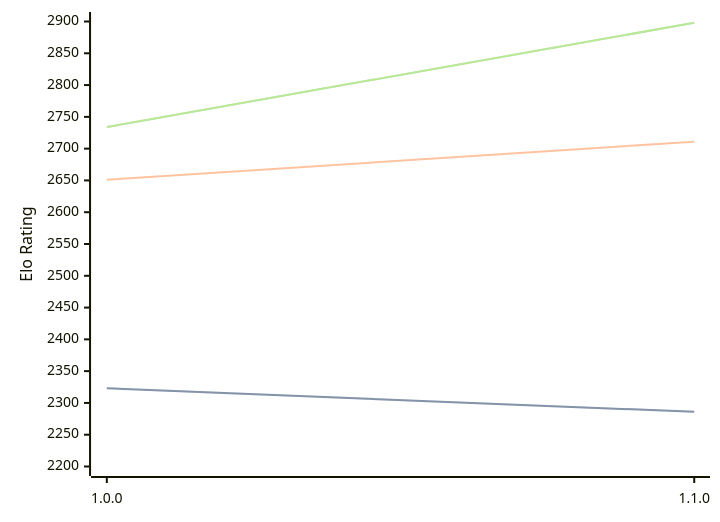
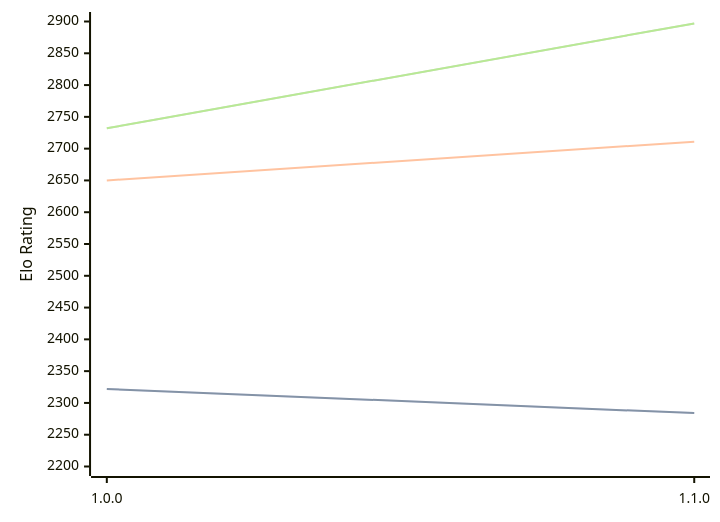
The diagram in engines/ShallowGuess.md (computer-chess-index/cci), drawn with Mermaid before and after one commit. The commit also changed other lines of this file, not shown here.

Commit message:
Update CCI Ratings (ELO VLTC) - 2026-06-07

````diff
--- a/engines/ShallowGuess.md
+++ b/engines/ShallowGuess.md
@@ -36,11 +36,11 @@
 ```mermaid
 %%{init: {"theme":"base","themeVariables":{"seriesColors:['#a3a3a3','#222221','#faa371']}}}%%
 xychart-beta
   x-axis ["1.0.0", "1.1.0"]
   y-axis "Elo Rating" 2200 --> 2900
-  line "STC (8.0+0.08s)" [2323, 2286]
-  line "STC (8.0+0.08s)" [2323, 2286]
-  line "LTC (60.0+0.60s)" [2651, 2711]
-  line "VLTC (2m24s+1.12s)" [2734, 2898]
-  line "VLTC (2m24s+1.12s)" [2734, 2898]
+  line "STC (8.0+0.08s)" [2322, 2284]
+  line "STC (8.0+0.08s)" [2322, 2284]
+  line "LTC (60.0+0.60s)" [2650, 2711]
+  line "VLTC (2m24s+1.12s)" [2732, 2897]
+  line "VLTC (2m24s+1.12s)" [2732, 2897]
 ```
````
